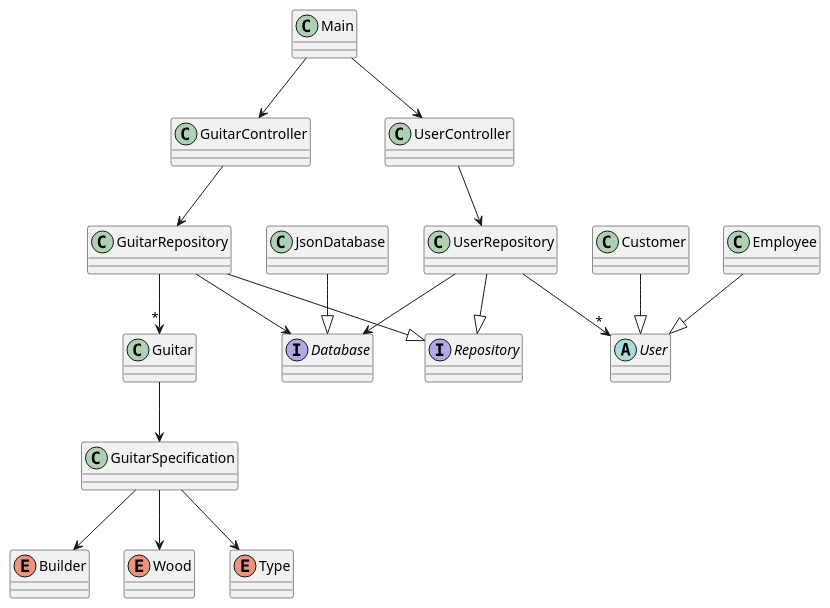
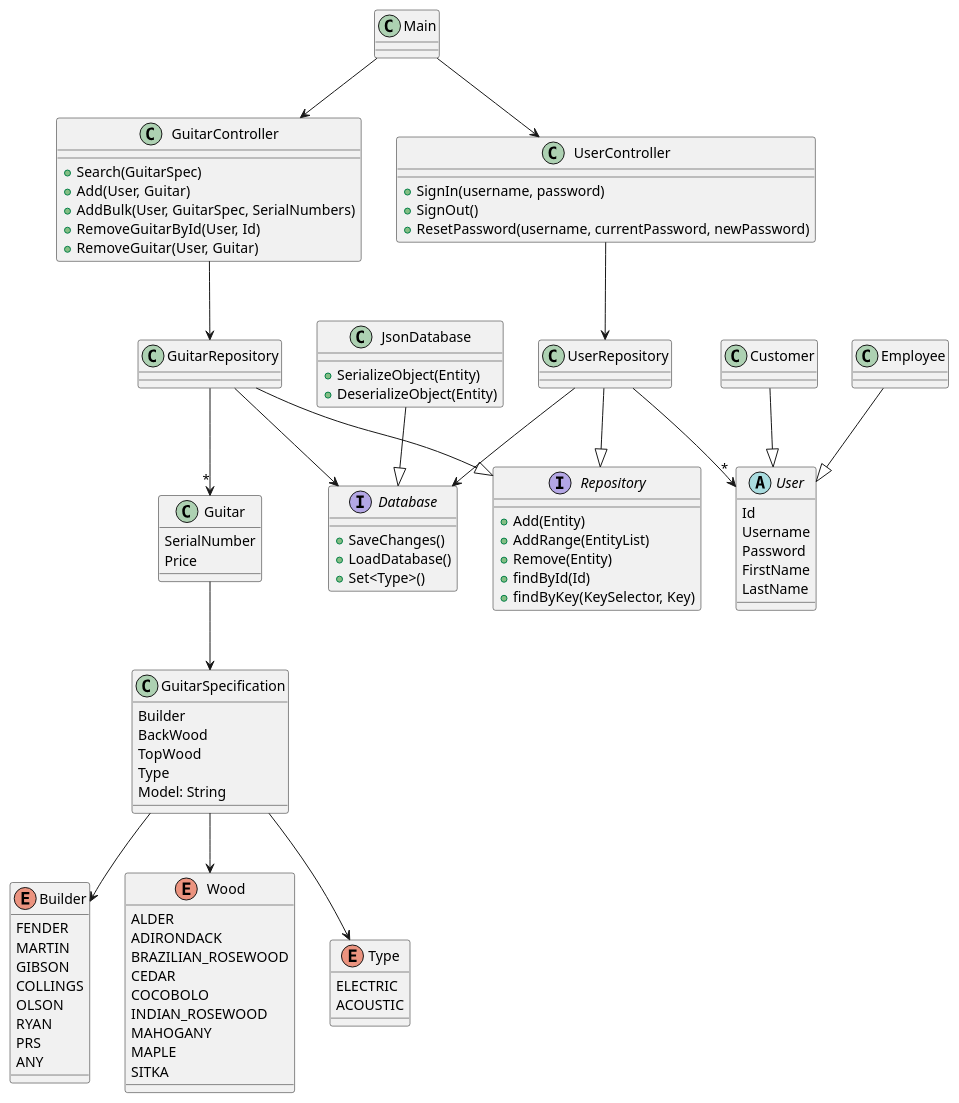
Before and after one commit to RealJasomo/374-Guitar-Activity: the diagram in class-diagram.puml, drawn with PlantUML.

Commit message:
Added fields

```diff
--- a/class-diagram.puml
+++ b/class-diagram.puml
@@ -1,81 +1,123 @@
 @startuml "Guitar Shop"
 
 class Main{
     
 }
 
 class Guitar{
+    SerialNumber
+    Price
+}
 
-}
 class GuitarSpecification{
-
+    Builder
+    BackWood
+    TopWood
+    Type
+    Model: String
 }
 
 interface Repository{
-
+    +Add(Entity)
+    +AddRange(EntityList)
+    +Remove(Entity)
+    +findById(Id)
+    +findByKey(KeySelector, Key)
 }
 class GuitarRepository{
 
 }
 
 class GuitarController{
-
+    +Search(GuitarSpec)
+    +Add(User, Guitar)
+    +AddBulk(User, GuitarSpec, SerialNumbers)
+    +RemoveGuitarById(User, Id)
+    +RemoveGuitar(User, Guitar)
 }
 
 enum Builder{
+    FENDER
+    MARTIN
+    GIBSON
+    COLLINGS
+    OLSON
+    RYAN
+    PRS
+    ANY
+}
 
+enum Wood{
+    ALDER
+    ADIRONDACK
+    BRAZILIAN_ROSEWOOD
+    CEDAR
+    COCOBOLO
+    INDIAN_ROSEWOOD
+    MAHOGANY
+    MAPLE
+    SITKA
 }
-enum Wood{
 
-}
 enum Type{
-
+    ELECTRIC
+    ACOUSTIC
 }
 
 interface Database{
+    +SaveChanges()
+    +LoadDatabase()
+    +Set<Type>()
+}
 
-}
 class JsonDatabase {
-
+    +SerializeObject(Entity)
+    +DeserializeObject(Entity)
 }
 
 abstract class User{
-
+    Id
+    Username
+    Password
+    FirstName
+    LastName
 }
 
 class UserRepository{
 
 }
 
 class UserController{
-
+    +SignIn(username, password)
+    +SignOut()
+    +ResetPassword(username, currentPassword, newPassword)
 }
 
 class Employee{
 
 }
 class Customer{
 
 }
 
 Guitar --> GuitarSpecification
 GuitarRepository --|> Repository
 GuitarRepository --> Database
 
 GuitarController --> GuitarRepository
 GuitarRepository --> "*" Guitar
 GuitarSpecification --> Builder
 GuitarSpecification --> Wood
 GuitarSpecification --> Type
 JsonDatabase --|> Database
 
 Customer --|> User
 Employee --|> User
 UserRepository --|> Repository
 UserRepository --> Database
 UserController --> UserRepository
 UserRepository --> "*" User
 Main --> UserController
 Main --> GuitarController
 
 @enduml
```
